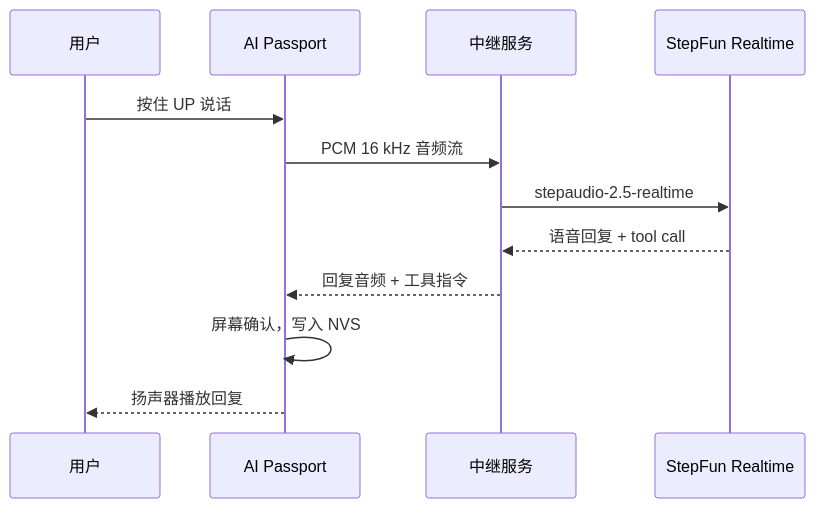
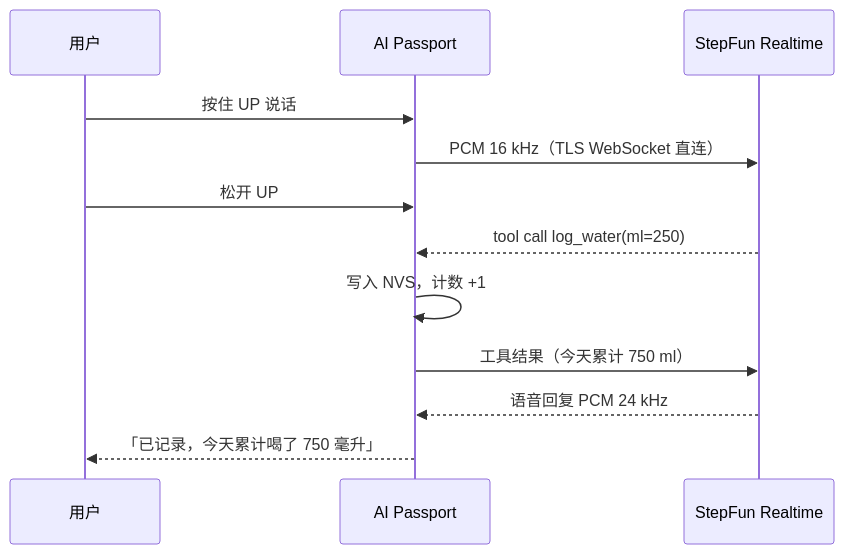
The diagram in README.zh_CN.md (iFwu/passport-health-buddy), drawn with Mermaid before and after one commit. The commit also changed other lines of this file and 11 other files, not shown here.

````diff
--- a/README.zh_CN.md
+++ b/README.zh_CN.md
@@ -23,14 +23,14 @@
 ```mermaid
 sequenceDiagram
     participant U as 用户
     participant D as AI Passport
-    participant R as 中继服务
     participant S as StepFun Realtime
     U->>D: 按住 UP 说话
-    D->>R: PCM 16 kHz 音频流
-    R->>S: stepaudio-2.5-realtime
-    S-->>R: 语音回复 + tool call
-    R-->>D: 回复音频 + 工具指令
-    D->>D: 屏幕确认，写入 NVS
-    D-->>U: 扬声器播放回复
+    D->>S: PCM 16 kHz（TLS WebSocket 直连）
+    U->>D: 松开 UP
+    S-->>D: tool call log_water(ml=250)
+    D->>D: 写入 NVS，计数 +1
+    D->>S: 工具结果（今天累计 750 ml）
+    S-->>D: 语音回复 PCM 24 kHz
+    D-->>U: 「已记录，今天累计喝了 750 毫升」
 ```
````
